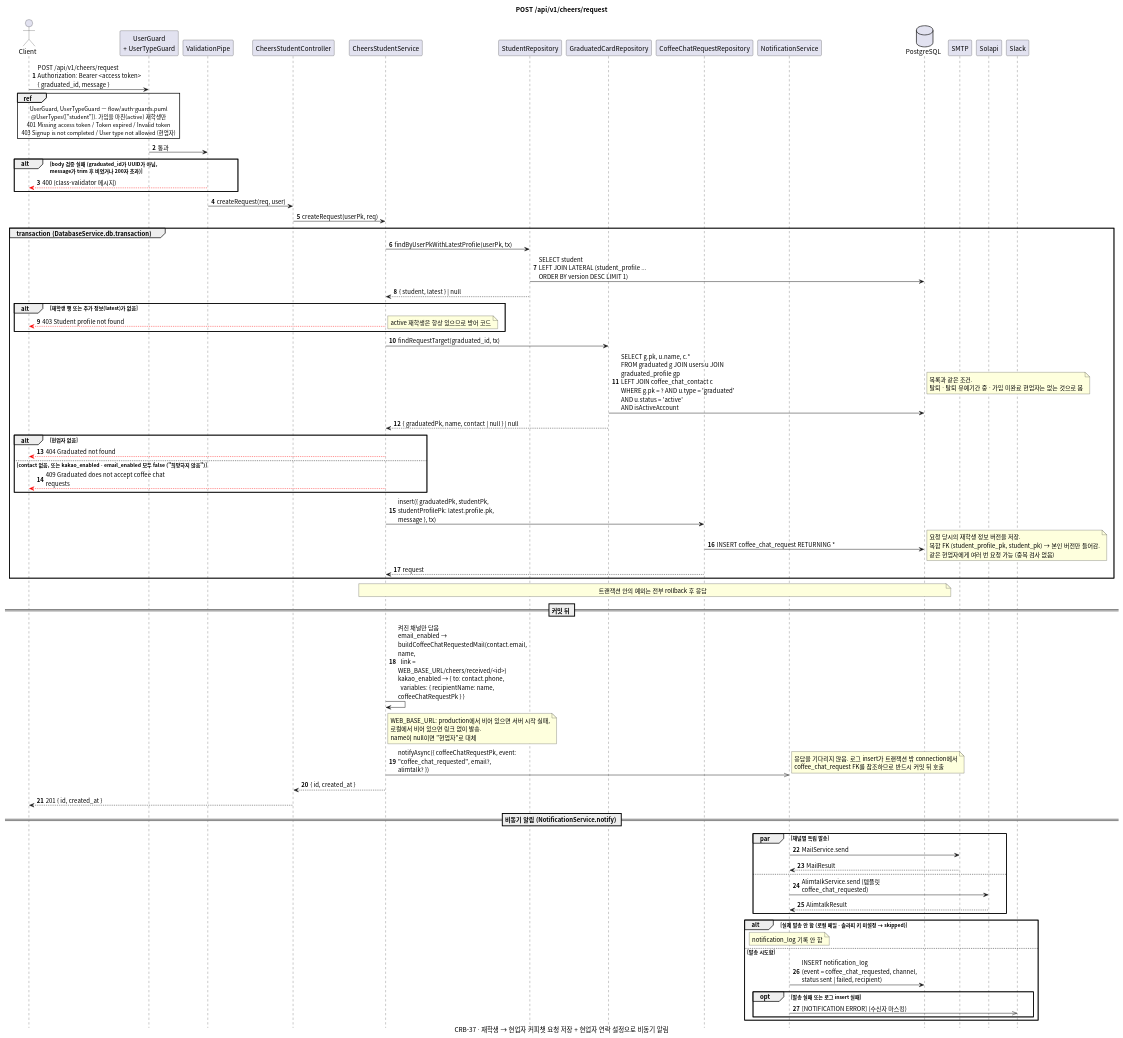
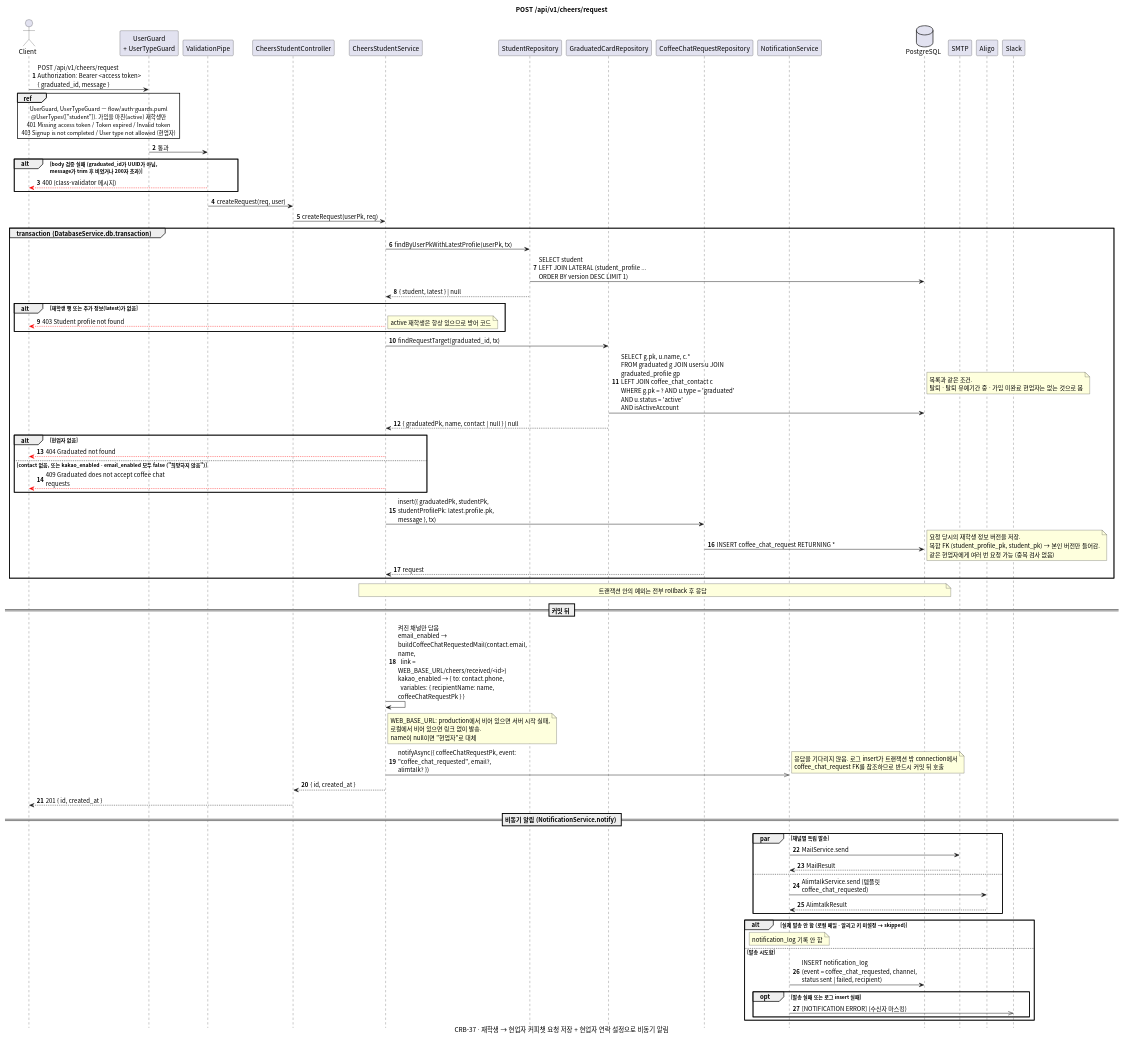
One commit to gsainfoteam/cheers-be changed the diagram in docs/sequence/cheers/post-cheers-request.puml. Above: the diagram before and after it, drawn with PlantUML. The commit also changed 5 other files, not shown here.

First line of the commit message:
- feat: send alimtalk through aligo instead of solapi (CRB-64)

```diff
--- a/docs/sequence/cheers/post-cheers-request.puml
+++ b/docs/sequence/cheers/post-cheers-request.puml
@@ -1,106 +1,106 @@
 @startuml post-cheers-request
 skinparam defaultFontName "Apple SD Gothic Neo", "Noto Sans CJK KR", sans-serif
 skinparam responseMessageBelowArrow true
 skinparam sequenceMessageAlign left
 skinparam maxMessageSize 260
 skinparam BoxPadding 8
 skinparam shadowing false
 autonumber
 hide footbox
 
 title POST /api/v1/cheers/request
 caption CRB-37 · 재학생 → 현업자 커피챗 요청 저장 + 현업자 연락 설정으로 비동기 알림
 
 actor Client
 participant "UserGuard\n+ UserTypeGuard" as Guard
 participant "ValidationPipe" as Pipe
 participant "CheersStudentController" as Controller
 participant "CheersStudentService" as Service
 participant "StudentRepository" as StudentRepository
 participant "GraduatedCardRepository" as GraduatedCardRepository
 participant "CoffeeChatRequestRepository" as CoffeeChatRequestRepository
 participant "NotificationService" as NotificationService
 database PostgreSQL
 participant "SMTP"
-participant "Solapi"
+participant "Aligo"
 participant "Slack"
 
 Client -> Guard: POST /api/v1/cheers/request\nAuthorization: Bearer <access token>\n{ graduated_id, message }
 ref over Client, Guard
   UserGuard, UserTypeGuard — flow/auth-guards.puml
   @UserTypes(["student"]). 가입을 마친(active) 재학생만
   401 Missing access token / Token expired / Invalid token
   403 Signup is not completed / User type not allowed (현업자)
 end ref
 Guard -> Pipe: 통과
 alt body 검증 실패 (graduated_id가 UUID가 아님,\nmessage가 trim 후 비었거나 200자 초과)
   Pipe -[#red]-> Client: 400 (class-validator 메시지)
 end
 Pipe -> Controller: createRequest(req, user)
 Controller -> Service: createRequest(userPk, req)
 
 group transaction (DatabaseService.db.transaction)
   Service -> StudentRepository: findByUserPkWithLatestProfile(userPk, tx)
   StudentRepository -> PostgreSQL: SELECT student\nLEFT JOIN LATERAL (student_profile ...\nORDER BY version DESC LIMIT 1)
   StudentRepository --> Service: { student, latest } | null
   alt 재학생 행 또는 추가 정보(latest)가 없음
     Service -[#red]-> Client: 403 Student profile not found
     note right: active 재학생은 항상 있으므로 방어 코드
   end
 
   Service -> GraduatedCardRepository: findRequestTarget(graduated_id, tx)
   GraduatedCardRepository -> PostgreSQL: SELECT g.pk, u.name, c.*\nFROM graduated g JOIN users u JOIN graduated_profile gp\nLEFT JOIN coffee_chat_contact c\nWHERE g.pk = ? AND u.type = 'graduated' AND u.status = 'active'\nAND isActiveAccount
   note right: 목록과 같은 조건.\n탈퇴 · 탈퇴 유예기간 중 · 가입 미완료 현업자는 없는 것으로 봄
   GraduatedCardRepository --> Service: { graduatedPk, name, contact | null } | null
   alt 현업자 없음
     Service -[#red]-> Client: 404 Graduated not found
   else contact 없음, 또는 kakao_enabled · email_enabled 모두 false ("희망하지 않음")
     Service -[#red]-> Client: 409 Graduated does not accept coffee chat requests
   end
 
   Service -> CoffeeChatRequestRepository: insert({ graduatedPk, studentPk,\nstudentProfilePk: latest.profile.pk, message }, tx)
   CoffeeChatRequestRepository -> PostgreSQL: INSERT coffee_chat_request RETURNING *
   note right
     요청 당시의 재학생 정보 버전을 저장.
     복합 FK (student_profile_pk, student_pk) → 본인 버전만 들어감.
     같은 현업자에게 여러 번 요청 가능 (중복 검사 없음)
   end note
   CoffeeChatRequestRepository --> Service: request
 end
 note over Service, PostgreSQL: 트랜잭션 안의 예외는 전부 rollback 후 응답
 
 == 커밋 뒤 ==
 
 Service -> Service: 켜진 채널만 담음\nemail_enabled → buildCoffeeChatRequestedMail(contact.email, name,\n  link = WEB_BASE_URL/cheers/received/<id>)\nkakao_enabled → { to: contact.phone,\n  variables: { recipientName: name, coffeeChatRequestPk } }
 note right of Service
   WEB_BASE_URL: production에서 비어 있으면 서버 시작 실패,
   로컬에서 비어 있으면 링크 없이 발송.
   name이 null이면 "현업자"로 대체
 end note
 Service ->> NotificationService: notifyAsync({ coffeeChatRequestPk, event: "coffee_chat_requested", email?, alimtalk? })
 note right
   응답을 기다리지 않음. 로그 insert가 트랜잭션 밖 connection에서
   coffee_chat_request FK를 참조하므로 반드시 커밋 뒤 호출
 end note
 Service --> Controller: { id, created_at }
 Controller --> Client: 201 { id, created_at }
 
 == 비동기 알림 (NotificationService.notify) ==
 
 par 채널별 독립 발송
   NotificationService -> SMTP: MailService.send
   SMTP --> NotificationService: MailResult
 else
-  NotificationService -> Solapi: AlimtalkService.send (템플릿 coffee_chat_requested)
-  Solapi --> NotificationService: AlimtalkResult
+  NotificationService -> Aligo: AlimtalkService.send (템플릿 coffee_chat_requested)
+  Aligo --> NotificationService: AlimtalkResult
 end
-alt 실제 발송 안 함 (로컬 메일 · 솔라피 키 미설정 → skipped)
+alt 실제 발송 안 함 (로컬 메일 · 알리고 키 미설정 → skipped)
   note over NotificationService: notification_log 기록 안 함
 else 발송 시도함
   NotificationService -> PostgreSQL: INSERT notification_log\n(event = coffee_chat_requested, channel, status sent | failed, recipient)
   opt 발송 실패 또는 로그 insert 실패
     NotificationService ->> Slack: [NOTIFICATION ERROR] (수신자 마스킹)
   end
 end
 
 @enduml
```
